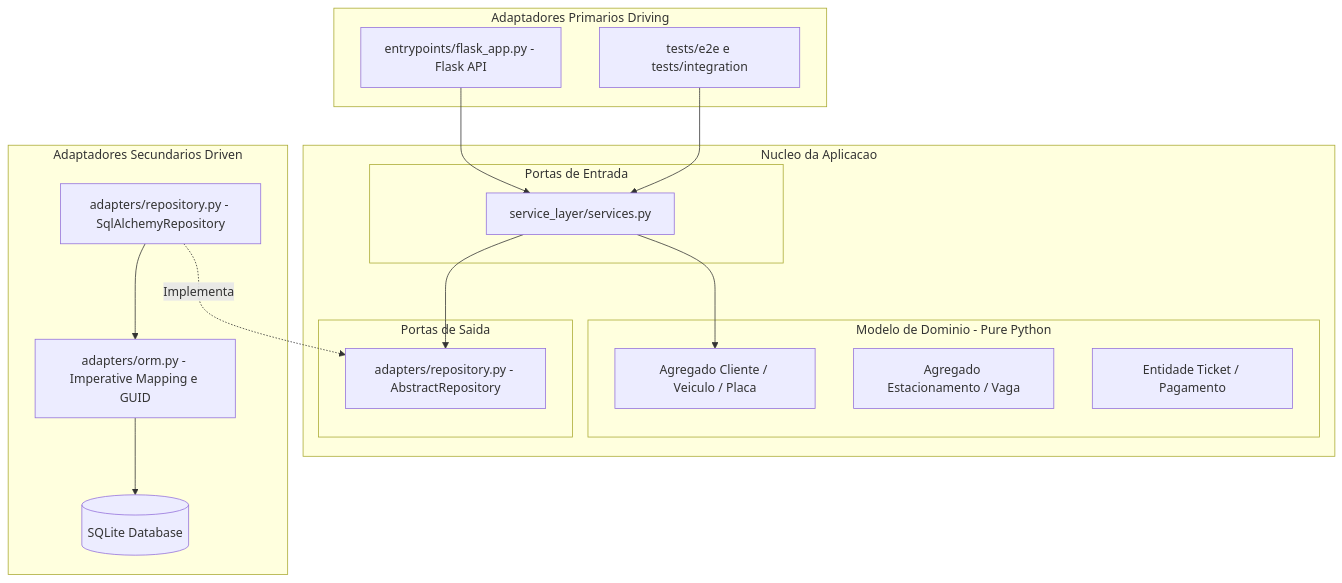
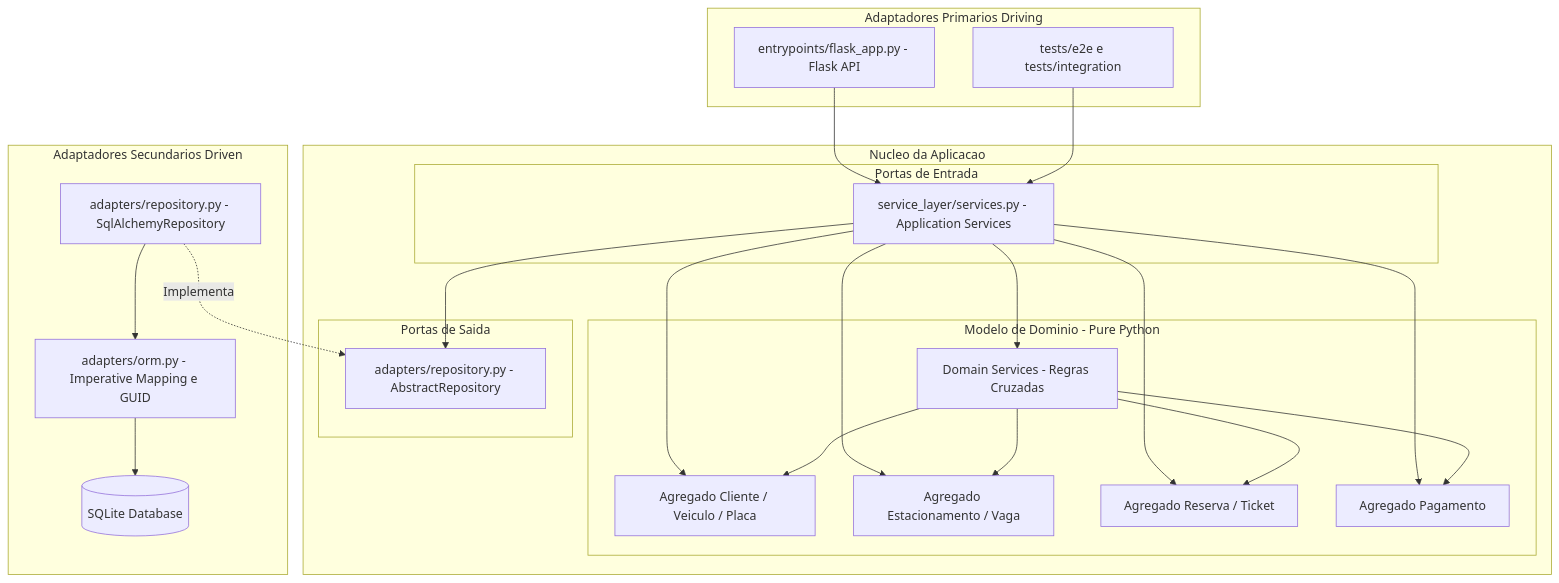
The diagram in docs/arquitetura.md (Miguel-E-P/Trabalho-de-Projeto-de-Software), drawn with Mermaid before and after one commit.

Commit message:
diagrama arquitetural
revisao no diagrama, completou os agregados

````diff
--- a/docs/arquitetura.md
+++ b/docs/arquitetura.md
@@ -135,37 +135,50 @@
 ```mermaid
 graph TD
     subgraph Driving_Adapters [Adaptadores Primarios Driving]
         FlaskAPI[entrypoints/flask_app.py - Flask API]
         TestRunner[tests/e2e e tests/integration]
     end
 
     subgraph Core [Nucleo da Aplicacao]
         subgraph Ports_Entry [Portas de Entrada]
-            ServiceLayer[service_layer/services.py]
+            ServiceLayer[service_layer/services.py - Application Services]
         end
 
         subgraph Domain [Modelo de Dominio - Pure Python]
             ClienteAggregate[Agregado Cliente / Veiculo / Placa]
             EstacionamentoAggregate[Agregado Estacionamento / Vaga]
-            TicketEntity[Entidade Ticket / Pagamento]
+            ReservaAggregate[Agregado Reserva / Ticket]
+            PagamentoAggregate[Agregado Pagamento]
+            DomainServices[Domain Services - Regras Cruzadas]
         end
 
         subgraph Ports_Exit [Portas de Saida]
             AbstractRepo[adapters/repository.py - AbstractRepository]
         end
     end
 
     subgraph Driven_Adapters [Adaptadores Secundarios Driven]
         SqlRepo[adapters/repository.py - SqlAlchemyRepository]
         ORM[adapters/orm.py - Imperative Mapping e GUID]
         DB[(SQLite Database)]
     end
 
     FlaskAPI --> ServiceLayer
     TestRunner --> ServiceLayer
+    
+    ServiceLayer --> DomainServices
     ServiceLayer --> ClienteAggregate
+    ServiceLayer --> EstacionamentoAggregate
+    ServiceLayer --> ReservaAggregate
+    ServiceLayer --> PagamentoAggregate
     ServiceLayer --> AbstractRepo
+
+    DomainServices --> ClienteAggregate
+    DomainServices --> EstacionamentoAggregate
+    DomainServices --> ReservaAggregate
+    DomainServices --> PagamentoAggregate
+
     SqlRepo -.->|Implementa| AbstractRepo
     SqlRepo --> ORM
     ORM --> DB
 ```
````
